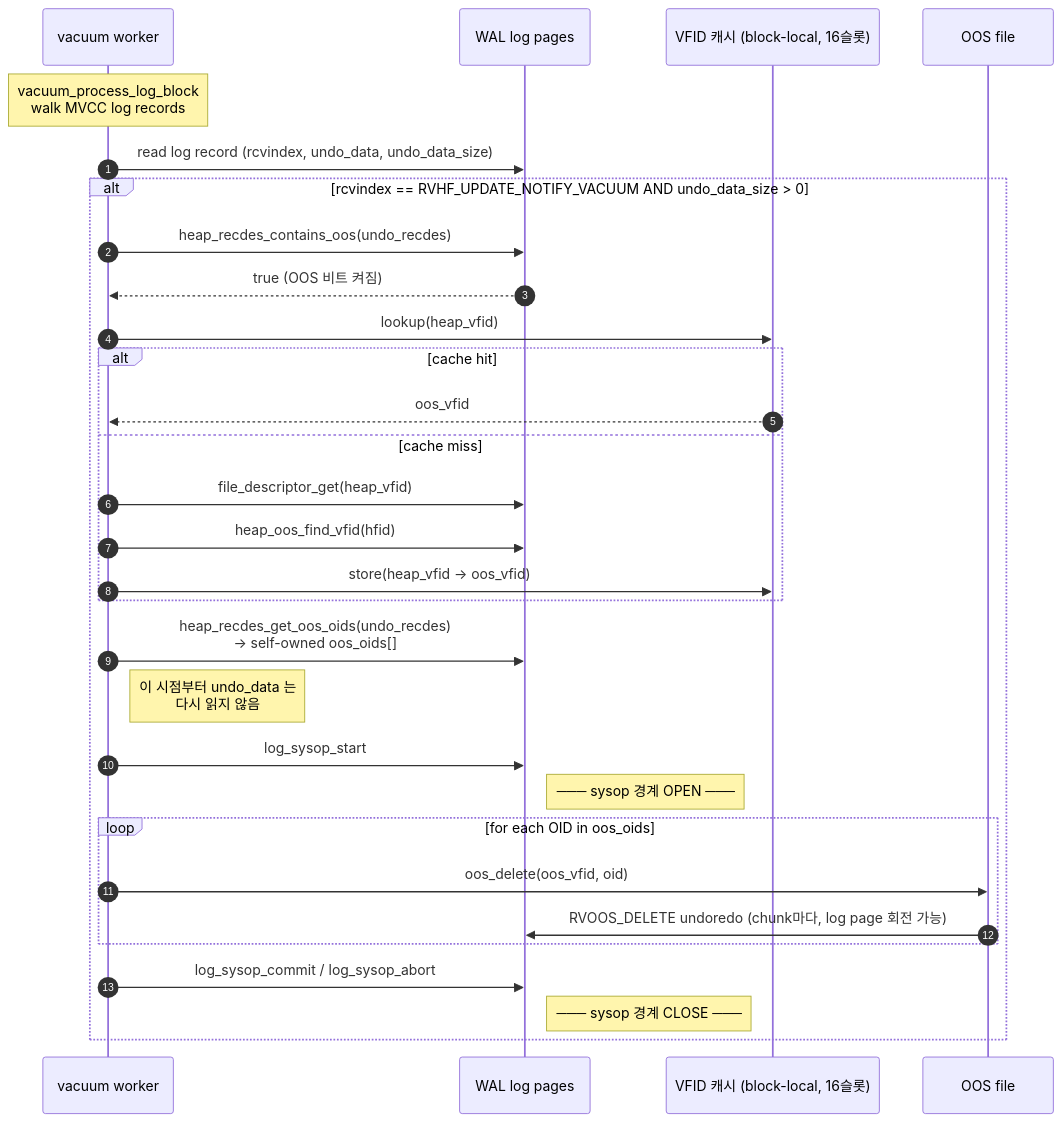
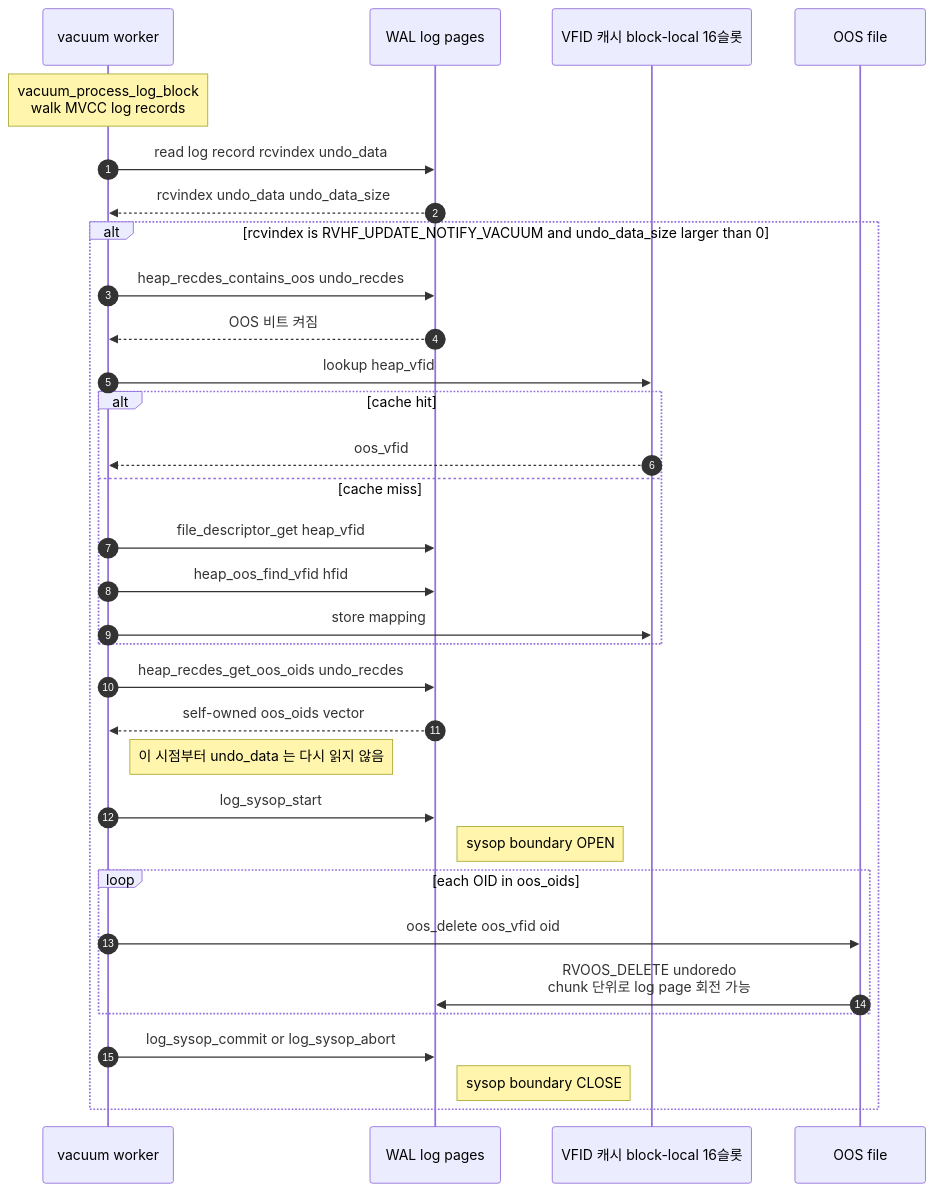
One commit to vimkim/my-cubrid-docs changed the third of 5 diagrams in pr-6986/PR-6986-vacuum-oos-paths-diagram.md. Above: the diagram before and after it, drawn with Mermaid. The commit also changed other lines of this file, not shown here.

Commit message:
fix(pr-6986): mermaid syntax — drop parens/<br/>/& from sequence diagrams

````diff
--- a/pr-6986/PR-6986-vacuum-oos-paths-diagram.md
+++ b/pr-6986/PR-6986-vacuum-oos-paths-diagram.md
@@ -164,40 +166,42 @@
 ```mermaid
 sequenceDiagram
     autonumber
     participant V as vacuum worker
     participant L as WAL log pages
-    participant C as VFID 캐시 (block-local, 16슬롯)
+    participant C as VFID 캐시 block-local 16슬롯
     participant O as OOS file
 
     Note over V: vacuum_process_log_block<br/>walk MVCC log records
 
-    V->>L: read log record (rcvindex, undo_data, undo_data_size)
+    V->>L: read log record rcvindex undo_data
+    L-->>V: rcvindex undo_data undo_data_size
 
-    alt rcvindex == RVHF_UPDATE_NOTIFY_VACUUM AND undo_data_size > 0
-        V->>L: heap_recdes_contains_oos(undo_recdes)
-        L-->>V: true (OOS 비트 켜짐)
+    alt rcvindex is RVHF_UPDATE_NOTIFY_VACUUM and undo_data_size larger than 0
+        V->>L: heap_recdes_contains_oos undo_recdes
+        L-->>V: OOS 비트 켜짐
 
-        V->>C: lookup(heap_vfid)
+        V->>C: lookup heap_vfid
         alt cache hit
             C-->>V: oos_vfid
         else cache miss
-            V->>L: file_descriptor_get(heap_vfid)
-            V->>L: heap_oos_find_vfid(hfid)
-            V->>C: store(heap_vfid → oos_vfid)
+            V->>L: file_descriptor_get heap_vfid
+            V->>L: heap_oos_find_vfid hfid
+            V->>C: store mapping
         end
 
-        V->>L: heap_recdes_get_oos_oids(undo_recdes)<br/>→ self-owned oos_oids[]
-        Note right of V: 이 시점부터 undo_data 는<br/>다시 읽지 않음
+        V->>L: heap_recdes_get_oos_oids undo_recdes
+        L-->>V: self-owned oos_oids vector
+        Note right of V: 이 시점부터 undo_data 는 다시 읽지 않음
 
         V->>L: log_sysop_start
-        Note right of L: ─── sysop 경계 OPEN ───
+        Note right of L: sysop boundary OPEN
 
-        loop for each OID in oos_oids
-            V->>O: oos_delete(oos_vfid, oid)
-            O->>L: RVOOS_DELETE undoredo (chunk마다, log page 회전 가능)
+        loop each OID in oos_oids
+            V->>O: oos_delete oos_vfid oid
+            O->>L: RVOOS_DELETE undoredo<br/>chunk 단위로 log page 회전 가능
         end
 
-        V->>L: log_sysop_commit / log_sysop_abort
-        Note right of L: ─── sysop 경계 CLOSE ───
+        V->>L: log_sysop_commit or log_sysop_abort
+        Note right of L: sysop boundary CLOSE
     end
 ```
````
